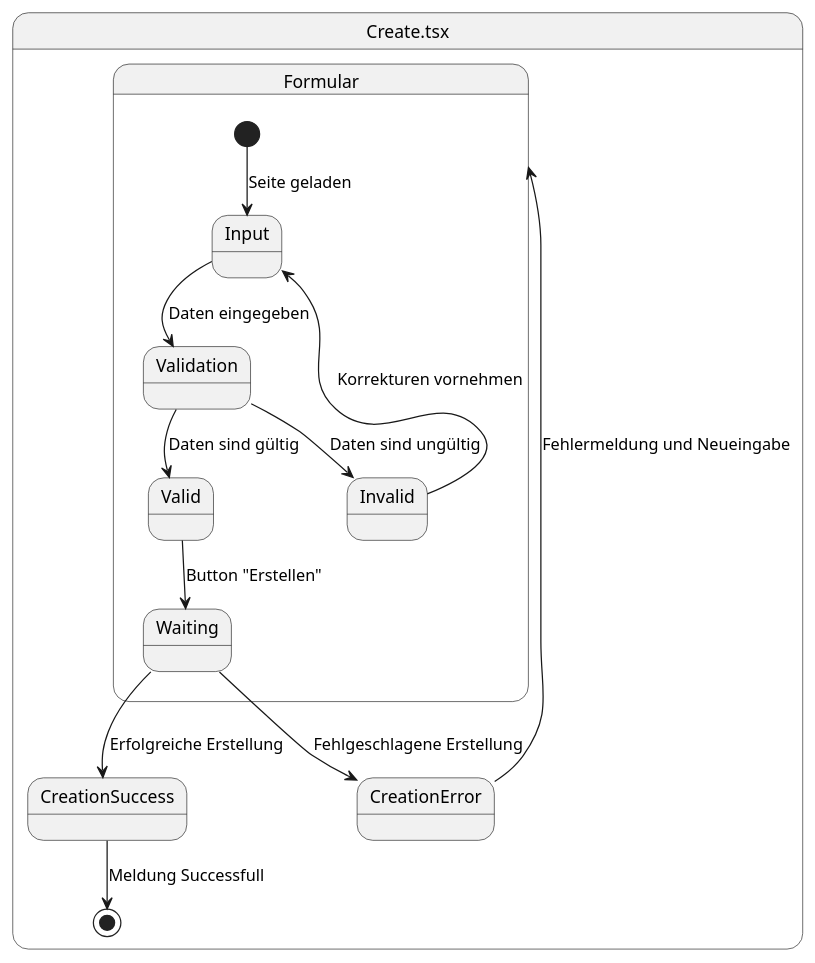
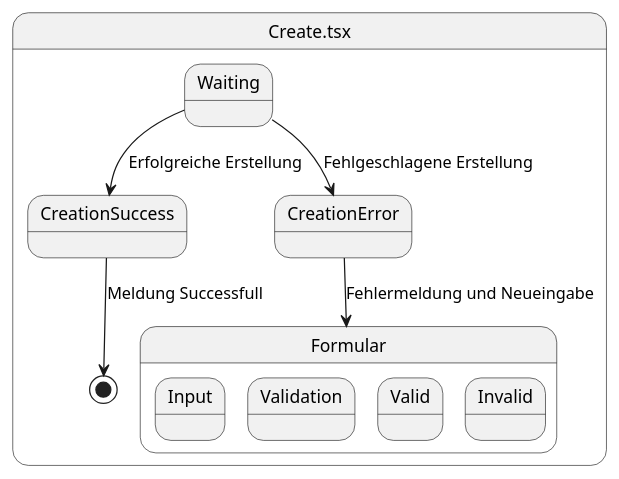
The diagram in .extras/doc/Projekthandbuch/buchCreate.plantuml (DrilonCS/FilmWeb), drawn with PlantUML before and after one commit.

Commit message:
Anpassung

```diff
--- a/.extras/doc/Projekthandbuch/buchCreate.plantuml
+++ b/.extras/doc/Projekthandbuch/buchCreate.plantuml
@@ -1,28 +1,23 @@
 @startuml CreateZustandsdiagramm
 
 state "Create.tsx" as Create {
   state "Formular" as Formular {
     state "Input" as Input
     state "Validation" as Validation
     state "Valid" as Valid
     state "Invalid" as Invalid
 
-    [*] --> Input: Seite geladen
-    Input --> Validation: Daten eingegeben
-    Validation --> Valid: Daten sind gültig
-    Validation --> Invalid: Daten sind ungültig
-    Invalid --> Input: Korrekturen vornehmen
-    Valid --> Waiting: Button "Erstellen"
+
   }
 
   state "Waiting" as Waiting
   state "CreationSuccess" as CreationSuccess
   state "CreationError" as CreationError
 
   Waiting --> CreationSuccess: Erfolgreiche Erstellung
   Waiting --> CreationError: Fehlgeschlagene Erstellung
   CreationError --> Formular: Fehlermeldung und Neueingabe
   CreationSuccess --> [*]: Meldung Successfull
 }
 
 @enduml
```
